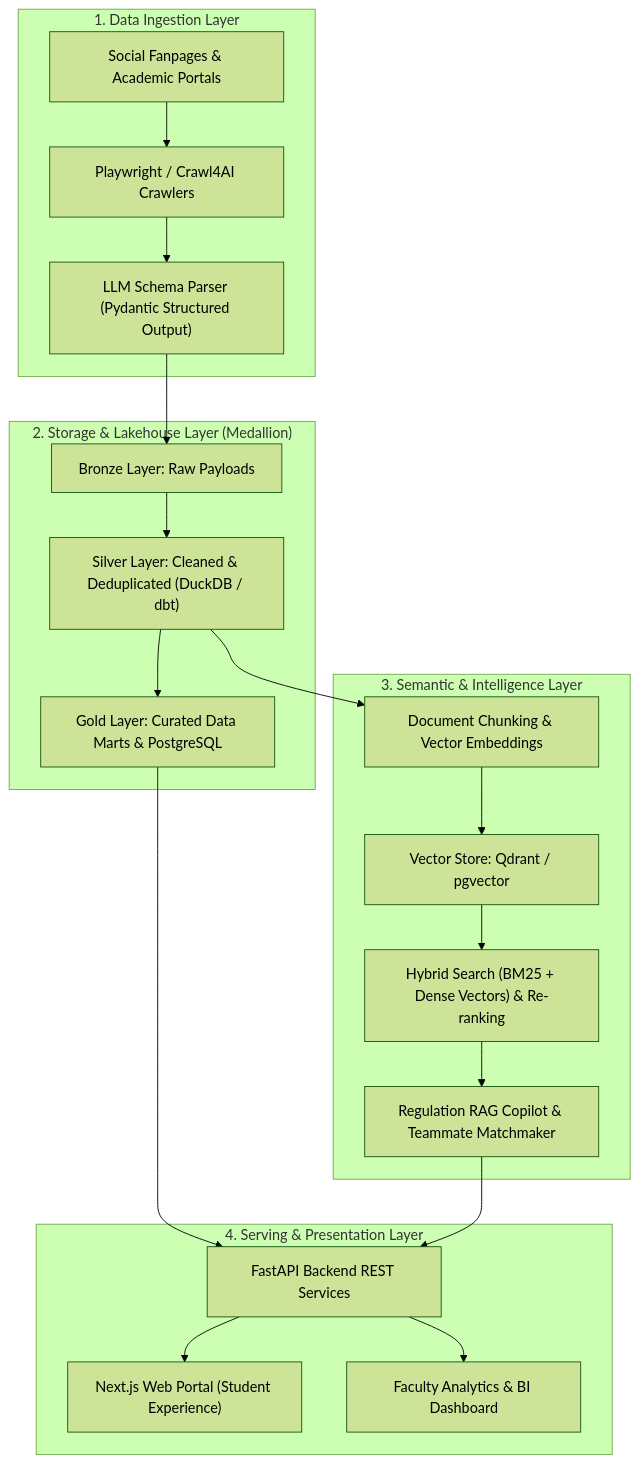
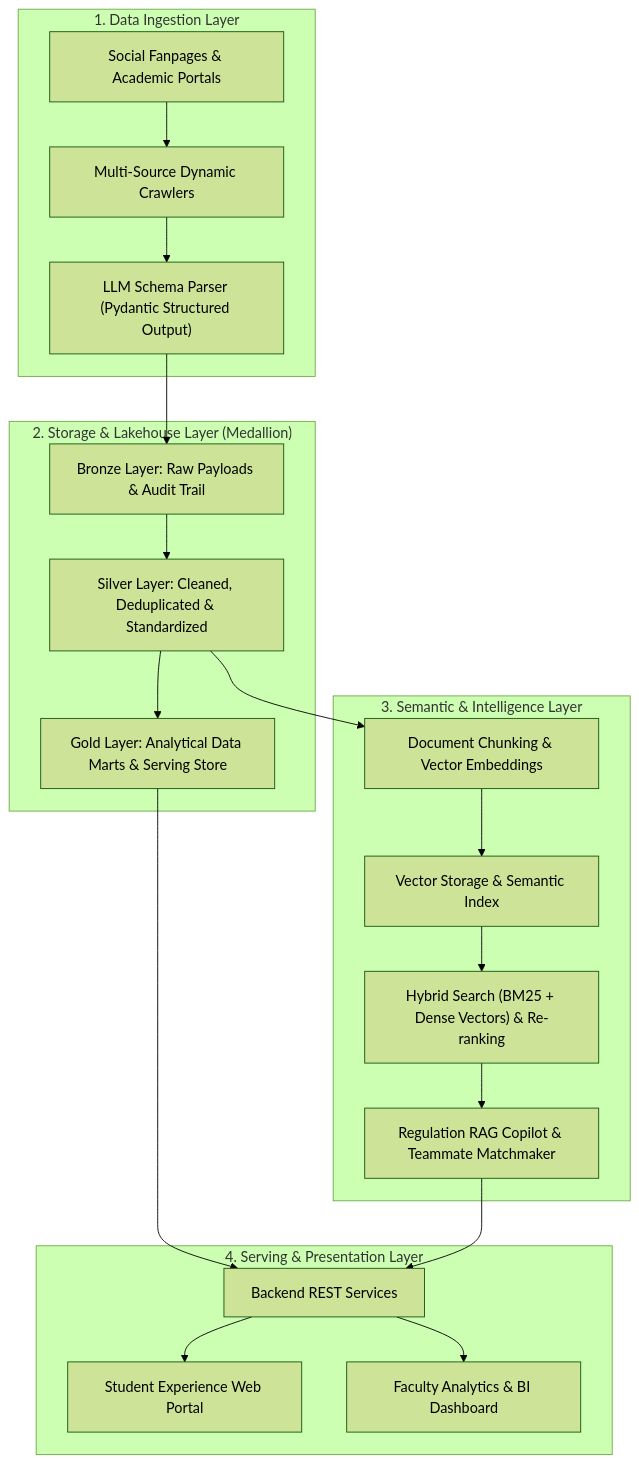
The diagram in README.md (darktheDE/acdp-platform), drawn with Mermaid (forest theme) before and after one commit. The commit also changed other lines of this file and 13 other files, not shown here.

Commit message:
docs: initialize architecture documentation, R&D tasks, and agent execution frameworks

````diff
--- a/README.md
+++ b/README.md
@@ -46,27 +42,27 @@
 ```mermaid
 flowchart TD
     subgraph Ingestion["1. Data Ingestion Layer"]
-        A1["Social Fanpages & Academic Portals"] --> B1["Playwright / Crawl4AI Crawlers"]
+        A1["Social Fanpages & Academic Portals"] --> B1["Multi-Source Dynamic Crawlers"]
         B1 --> B2["LLM Schema Parser (Pydantic Structured Output)"]
     end
 
     subgraph Lakehouse["2. Storage & Lakehouse Layer (Medallion)"]
-        B2 --> C1["Bronze Layer: Raw Payloads"]
-        C1 --> C2["Silver Layer: Cleaned & Deduplicated (DuckDB / dbt)"]
-        C2 --> C3["Gold Layer: Curated Data Marts & PostgreSQL"]
+        B2 --> C1["Bronze Layer: Raw Payloads & Audit Trail"]
+        C1 --> C2["Silver Layer: Cleaned, Deduplicated & Standardized"]
+        C2 --> C3["Gold Layer: Analytical Data Marts & Serving Store"]
     end
 
     subgraph Intelligence["3. Semantic & Intelligence Layer"]
         C2 --> D1["Document Chunking & Vector Embeddings"]
-        D1 --> D2["Vector Store: Qdrant / pgvector"]
+        D1 --> D2["Vector Storage & Semantic Index"]
         D2 --> D3["Hybrid Search (BM25 + Dense Vectors) & Re-ranking"]
         D3 --> D4["Regulation RAG Copilot & Teammate Matchmaker"]
     end
 
     subgraph Serving["4. Serving & Presentation Layer"]
-        C3 --> E1["FastAPI Backend REST Services"]
+        C3 --> E1["Backend REST Services"]
         D4 --> E1
-        E1 --> F1["Next.js Web Portal (Student Experience)"]
+        E1 --> F1["Student Experience Web Portal"]
         E1 --> F2["Faculty Analytics & BI Dashboard"]
     end
 ```
````
